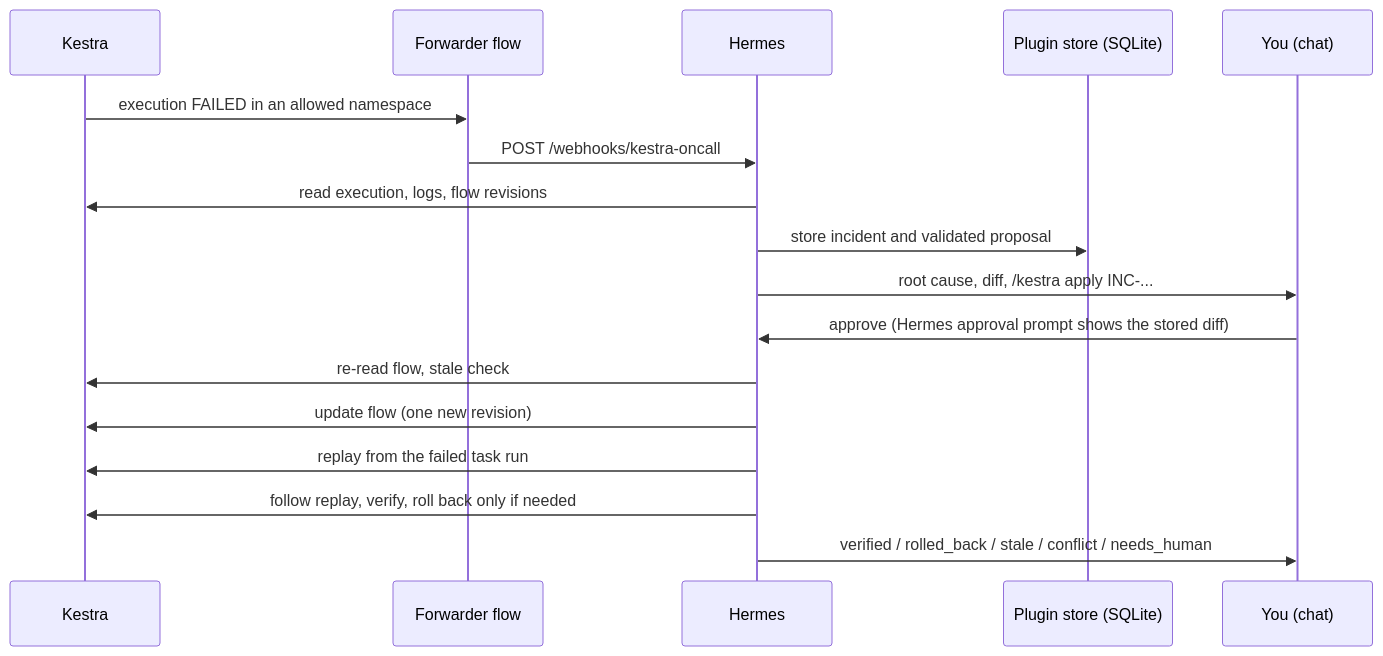
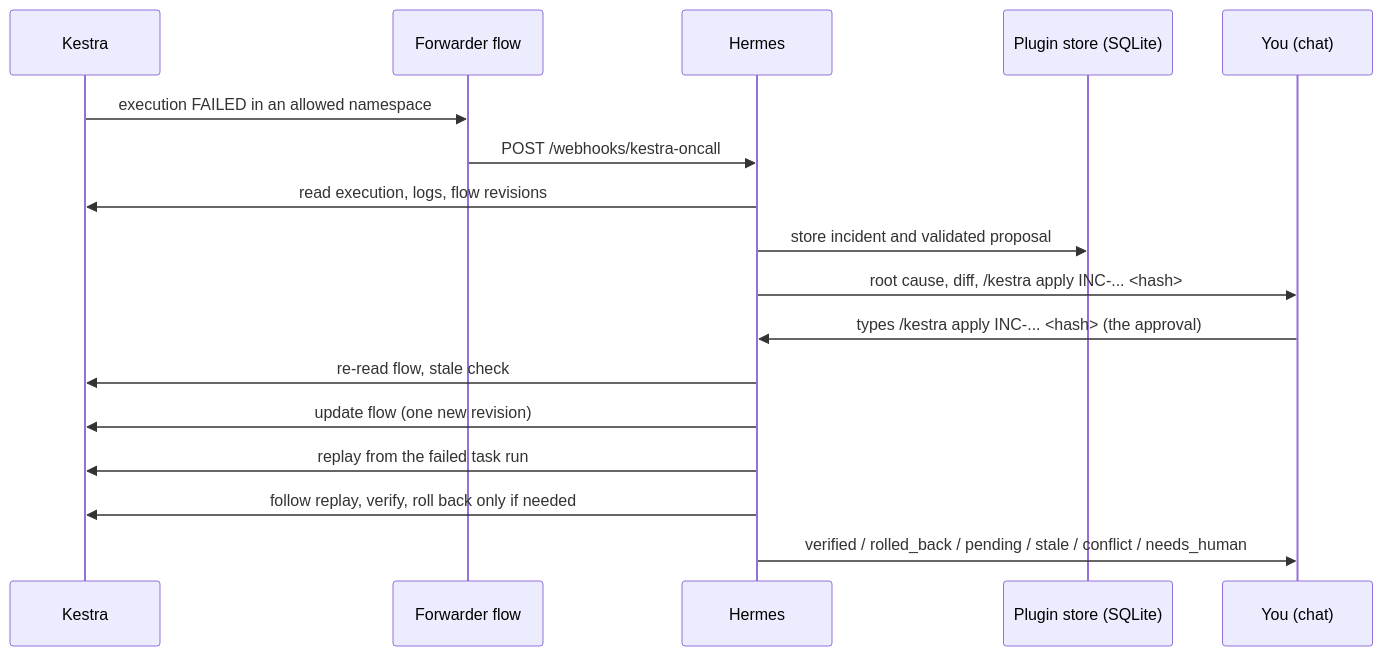
Before and after one commit to zkasuran/hermes-kestra-oncall: the diagram in README.md, drawn with Mermaid. The commit also changed other lines of this file and 66 other files, not shown here.

Commit message:
Pass 3: review fixes (typed approvals, full-diff cards, replay pending, forwarder template, e2e S9-S12)

````diff
--- a/README.md
+++ b/README.md
@@ -22,19 +23,19 @@
 ```mermaid
 sequenceDiagram
     participant K as Kestra
     participant F as Forwarder flow
     participant H as Hermes
     participant P as Plugin store (SQLite)
     participant U as You (chat)
     K->>F: execution FAILED in an allowed namespace
     F->>H: POST /webhooks/kestra-oncall
     H->>K: read execution, logs, flow revisions
     H->>P: store incident and validated proposal
-    H->>U: root cause, diff, /kestra apply INC-...
-    U->>H: approve (Hermes approval prompt shows the stored diff)
+    H->>U: root cause, diff, /kestra apply INC-... <hash>
+    U->>H: types /kestra apply INC-... <hash> (the approval)
     H->>K: re-read flow, stale check
     H->>K: update flow (one new revision)
     H->>K: replay from the failed task run
     H->>K: follow replay, verify, roll back only if needed
-    H->>U: verified / rolled_back / stale / conflict / needs_human
+    H->>U: verified / rolled_back / pending / stale / conflict / needs_human
 ```
````
